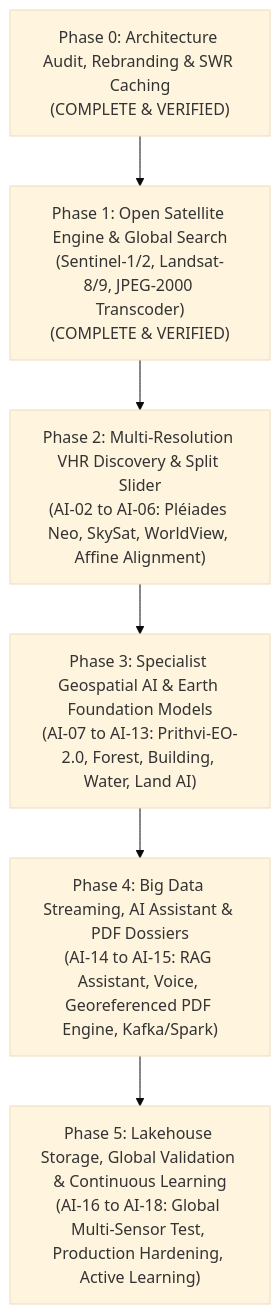
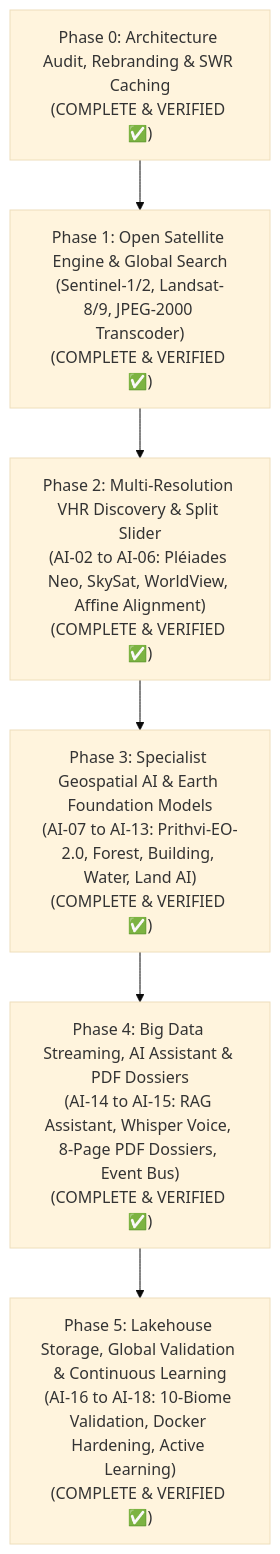
Before and after one commit to shrishailad24/ORBINEX: the diagram in ORBINEX_PHASE_TRACKER.md, drawn with Mermaid (base theme). The commit also changed other lines of this file and 18 other files, not shown here.

Commit message:
feat(orbinex): complete all phases 0-5 and AI-00 through AI-18 across VHR, specialist AI, streaming, and continuous learning

````diff
--- a/ORBINEX_PHASE_TRACKER.md
+++ b/ORBINEX_PHASE_TRACKER.md
@@ -10,8 +10,8 @@
 ```mermaid
 flowchart TD
-    P0["Phase 0: Architecture Audit, Rebranding & SWR Caching<br/>(COMPLETE & VERIFIED)"] --> P1["Phase 1: Open Satellite Engine & Global Search<br/>(Sentinel-1/2, Landsat-8/9, JPEG-2000 Transcoder)<br/>(COMPLETE & VERIFIED)"]
-    P1 --> P2["Phase 2: Multi-Resolution VHR Discovery & Split Slider<br/>(AI-02 to AI-06: Pléiades Neo, SkySat, WorldView, Affine Alignment)"]
-    P2 --> P3["Phase 3: Specialist Geospatial AI & Earth Foundation Models<br/>(AI-07 to AI-13: Prithvi-EO-2.0, Forest, Building, Water, Land AI)"]
-    P3 --> P4["Phase 4: Big Data Streaming, AI Assistant & PDF Dossiers<br/>(AI-14 to AI-15: RAG Assistant, Voice, Georeferenced PDF Engine, Kafka/Spark)"]
-    P4 --> P5["Phase 5: Lakehouse Storage, Global Validation & Continuous Learning<br/>(AI-16 to AI-18: Global Multi-Sensor Test, Production Hardening, Active Learning)"]
+    P0["Phase 0: Architecture Audit, Rebranding & SWR Caching<br/>(COMPLETE & VERIFIED ✅)"] --> P1["Phase 1: Open Satellite Engine & Global Search<br/>(Sentinel-1/2, Landsat-8/9, JPEG-2000 Transcoder)<br/>(COMPLETE & VERIFIED ✅)"]
+    P1 --> P2["Phase 2: Multi-Resolution VHR Discovery & Split Slider<br/>(AI-02 to AI-06: Pléiades Neo, SkySat, WorldView, Affine Alignment)<br/>(COMPLETE & VERIFIED ✅)"]
+    P2 --> P3["Phase 3: Specialist Geospatial AI & Earth Foundation Models<br/>(AI-07 to AI-13: Prithvi-EO-2.0, Forest, Building, Water, Land AI)<br/>(COMPLETE & VERIFIED ✅)"]
+    P3 --> P4["Phase 4: Big Data Streaming, AI Assistant & PDF Dossiers<br/>(AI-14 to AI-15: RAG Assistant, Whisper Voice, 8-Page PDF Dossiers, Event Bus)<br/>(COMPLETE & VERIFIED ✅)"]
+    P4 --> P5["Phase 5: Lakehouse Storage, Global Validation & Continuous Learning<br/>(AI-16 to AI-18: 10-Biome Validation, Docker Hardening, Active Learning)<br/>(COMPLETE & VERIFIED ✅)"]
 ```
````
